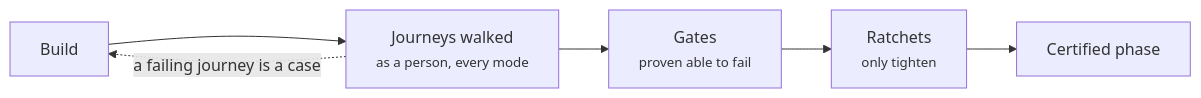
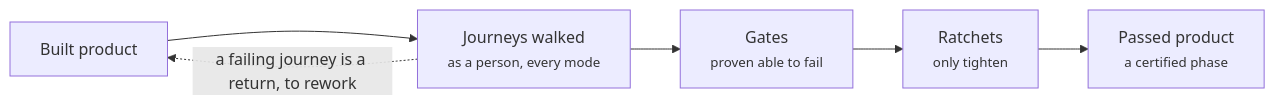
The first of 2 diagrams in intent/docs/line/qa.md (russlittle/ZTHR), drawn with Mermaid before and after one commit. The commit also changed other lines of this file and 76 other files, not shown here.

````diff
--- a/intent/docs/line/qa.md
+++ b/intent/docs/line/qa.md
@@ -11,13 +11,13 @@
 ```mermaid
 flowchart LR
-  b["Build"]
+  b["Built product"]
   j["Journeys walked<br><small>as a person, every mode</small>"]
   g["Gates<br><small>proven able to fail</small>"]
   r["Ratchets<br><small>only tighten</small>"]
-  c["Certified phase"]
+  c["Passed product<br><small>a certified phase</small>"]
   b --> j
   j --> g
   g --> r
   r --> c
-  j -.->|a failing journey is a case| b
+  j -.->|a failing journey is a return, to rework| b
 ```
````
